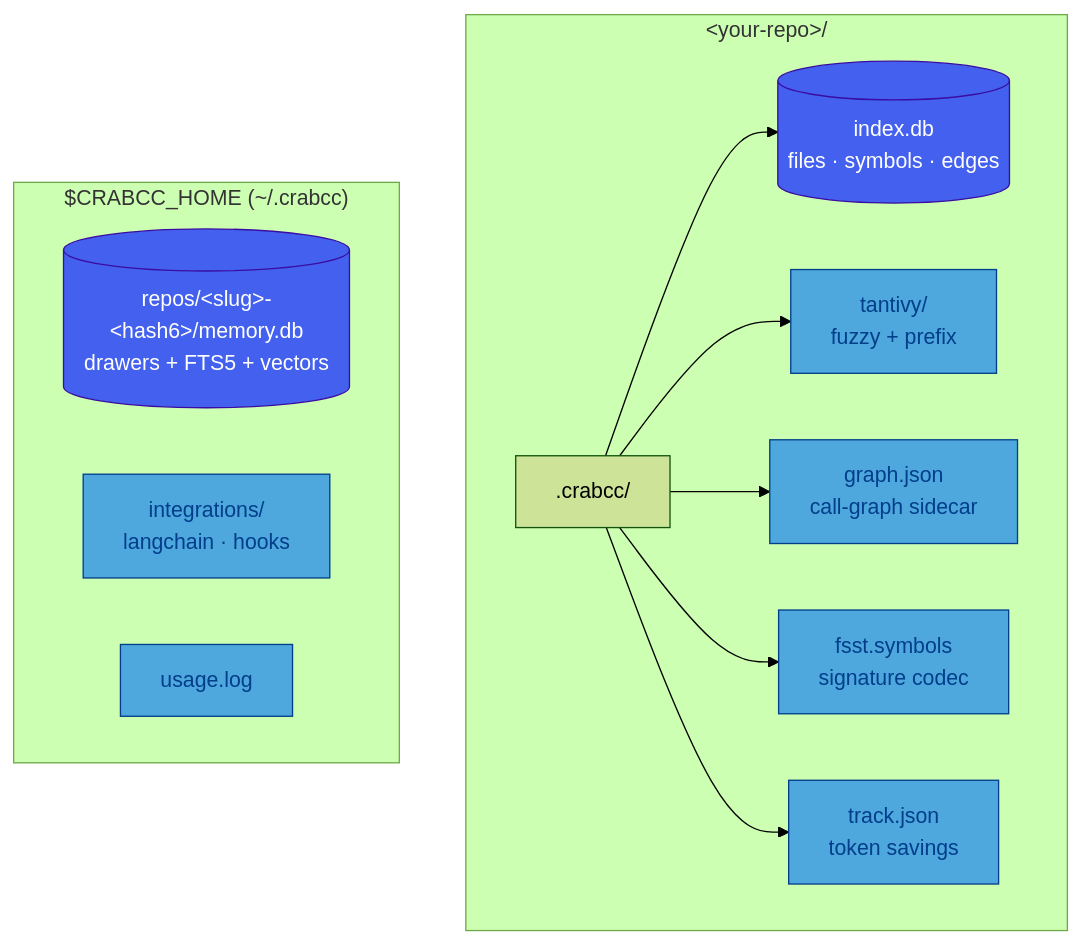
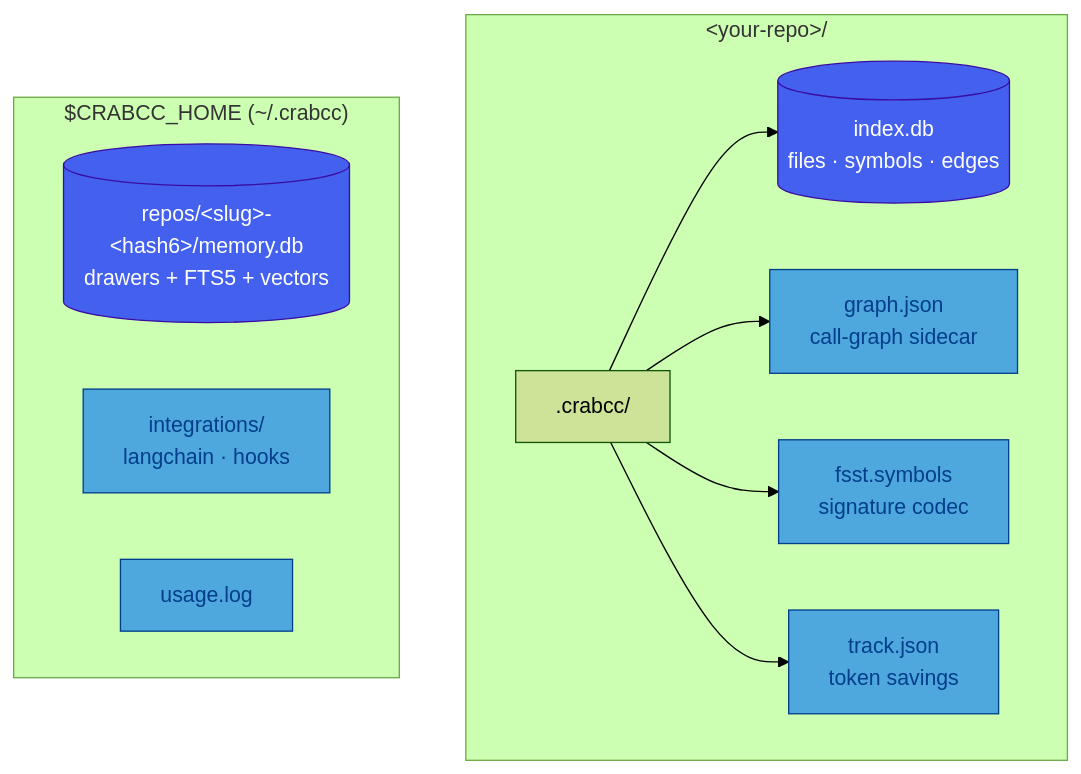
Before and after one commit to crabcc-labs/crabcc: the third of 12 diagrams in docs/OVERVIEW.md, drawn with Mermaid. The commit also changed other lines of this file and 20 other files, not shown here.

First line of the commit message:
docs: update README + docs for native fuzzy/prefix (Tantivy removed)

````diff
--- a/docs/OVERVIEW.md
+++ b/docs/OVERVIEW.md
@@ -134,24 +134,23 @@
 ```mermaid
 %%{init: {'theme': 'forest'}}%%
 flowchart TB
   subgraph repo["&lt;your-repo&gt;/"]
     CC[".crabcc/"]
     CC --> DB[(index.db<br/>files · symbols · edges)]
-    CC --> TAN[tantivy/<br/>fuzzy + prefix]
     CC --> GJ[graph.json<br/>call-graph sidecar]
     CC --> FSST[fsst.symbols<br/>signature codec]
     CC --> TRK[track.json<br/>token savings]
   end
 
   subgraph home["$CRABCC_HOME (~/.crabcc)"]
     MEMDB[(repos/&lt;slug&gt;-&lt;hash6&gt;/memory.db<br/>drawers + FTS5 + vectors)]
     INT[integrations/<br/>langchain · hooks]
     LOG[usage.log]
   end
 
   classDef sql fill:#4361ee,stroke:#3a0ca3,color:#fff
   classDef file fill:#4ea8de,stroke:#023e8a,color:#023e8a
 
   class DB,MEMDB sql
-  class TAN,GJ,FSST,TRK,INT,LOG file
+  class GJ,FSST,TRK,INT,LOG file
 ```
````
